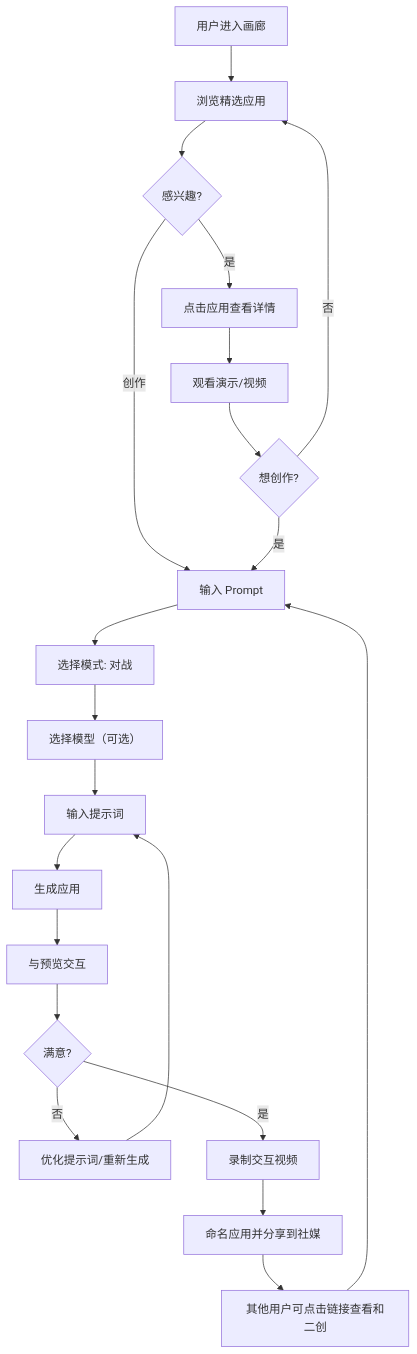
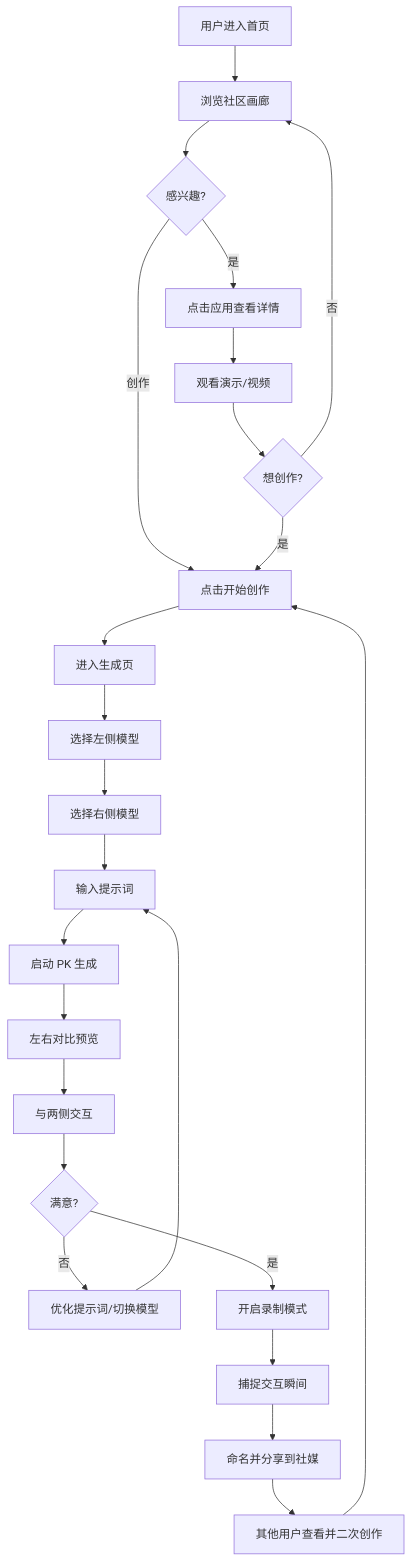
Before and after one commit to jax-cn/novita-areana: the diagram in docs/prd/产品需求文档.md, drawn with Mermaid. The commit also changed other lines of this file, not shown here.

````diff
--- a/docs/prd/产品需求文档.md
+++ b/docs/prd/产品需求文档.md
@@ -137,24 +132,27 @@
 ```mermaid
 graph TD
-    A[用户进入画廊] --> B[浏览精选应用]
+    A[用户进入首页] --> B[浏览社区画廊]
     B --> C{感兴趣?}
     C -->|是| D[点击应用查看详情]
-    C -->|创作| E[输入 Prompt]
+    C -->|创作| E[点击开始创作]
     D --> F[观看演示/视频]
     F --> G{想创作?}
     G -->|是| E
     G -->|否| B
 
-    E --> H[选择模式: 对战]
-    H --> I[选择模型（可选）]
-    I --> J[输入提示词]
-    J --> K[生成应用]
-    K --> L[与预览交互]
-    L --> M{满意?}
-    M -->|否| N[优化提示词/重新生成]
-    N --> J
-    M -->|是| O[录制交互视频]
-    O --> P[命名应用并分享到社媒]
-    P --> Q[其他用户可点击链接查看和二创]
-    Q --> E
+    E --> H[进入生成页]
+    H --> I[选择左侧模型]
+    I --> J[选择右侧模型]
+    J --> K[输入提示词]
+    K --> L[启动 PK 生成]
+    L --> M[左右对比预览]
+    M --> N[与两侧交互]
+    N --> O{满意?}
+    O -->|否| P[优化提示词/切换模型]
+    P --> K
+    O -->|是| Q[开启录制模式]
+    Q --> R[捕捉交互瞬间]
+    R --> S[命名并分享到社媒]
+    S --> T[其他用户查看并二次创作]
+    T --> E
 ```
````
